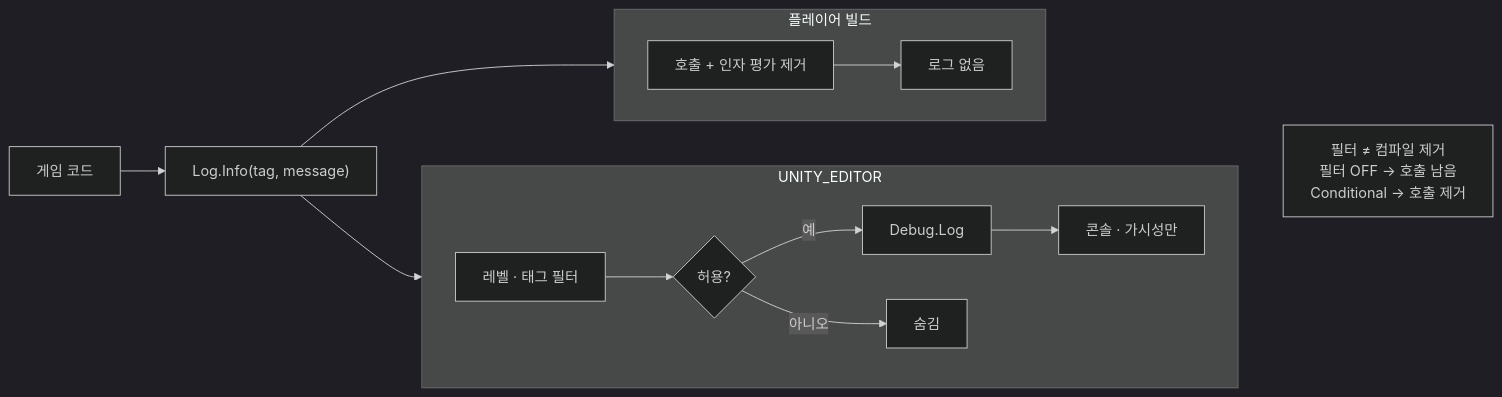
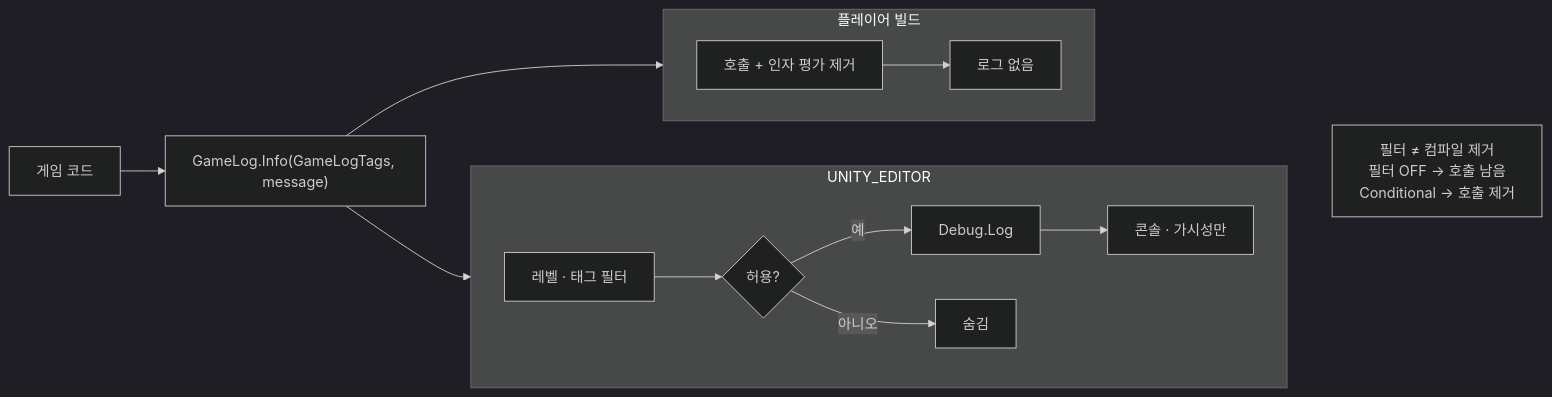
The diagram in docs/diagrams/overview.ko.mmd (monet5379/unity-conditional-log), drawn with Mermaid before and after one commit. The commit also changed 73 other files, not shown here.

First line of the commit message:
refactor: Log를 GameLog로 바꾸고 태그를 GameLogTags enum으로 고정

```diff
--- a/docs/diagrams/overview.ko.mmd
+++ b/docs/diagrams/overview.ko.mmd
@@ -1,22 +1,22 @@
 %%{init: {'theme':'dark'}}%%
 flowchart LR
-  G["게임 코드"] --> L["Log.Info(tag, message)"]
+  G["게임 코드"] --> L["GameLog.Info(GameLogTags, message)"]
 
   subgraph EDITOR["UNITY_EDITOR"]
     direction LR
     F["레벨 · 태그 필터"] --> A{"허용?"}
     A -->|예| DL["Debug.Log"] --> C["콘솔 · 가시성만"]
     A -->|아니오| H["숨김"]
   end
 
   subgraph PLAYER["플레이어 빌드"]
     direction LR
     S["호출 + 인자 평가 제거"] --> NL["로그 없음"]
   end
 
   L --> F
   L --> S
 
   NOTE["필터 ≠ 컴파일 제거<br/>필터 OFF → 호출 남음<br/>Conditional → 호출 제거"]
   C ~~~ NOTE
   NL ~~~ NOTE
```
